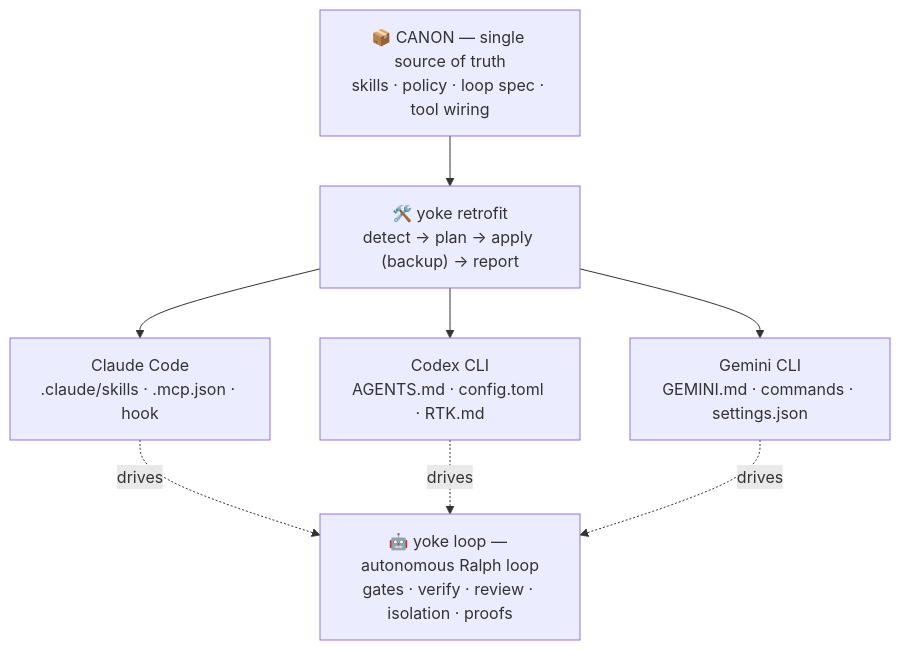
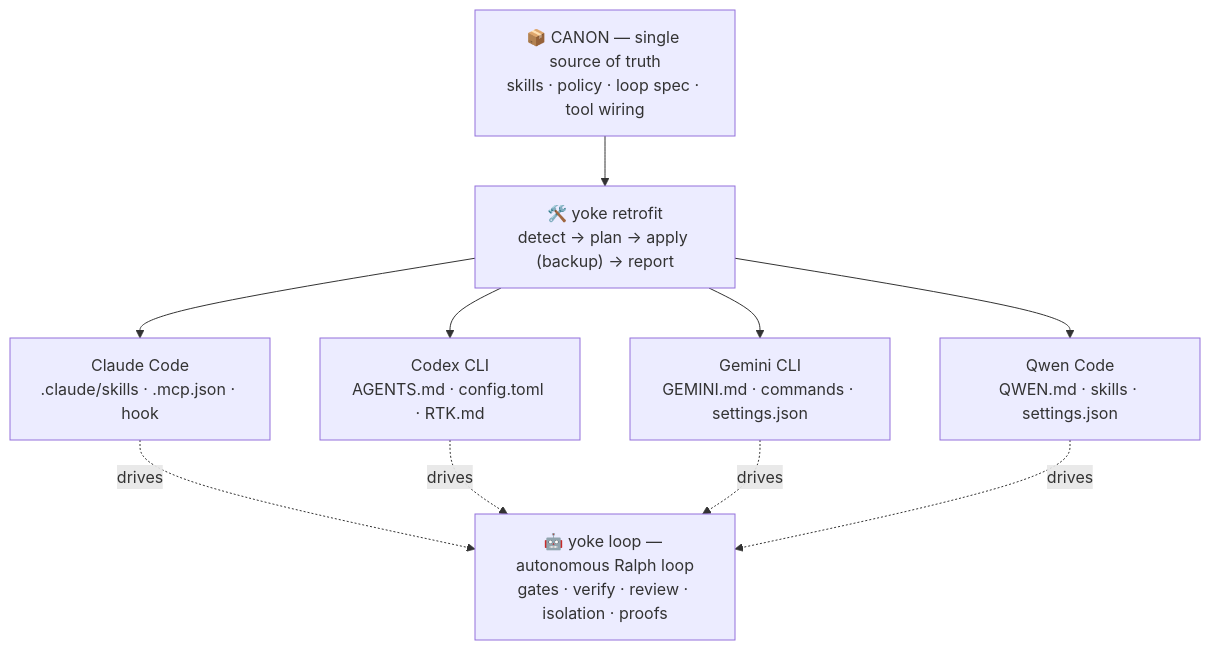
The first of 2 diagrams in README.md (HECer/yoke), drawn with Mermaid before and after one commit. The commit also changed other lines of this file and 7 other files, not shown here.

````diff
--- a/README.md
+++ b/README.md
@@ -248,13 +248,15 @@
 ```mermaid
 flowchart TD
     Canon["📦 CANON — single source of truth<br/>skills · policy · loop spec · tool wiring"]
     Skill["🛠️ yoke retrofit<br/>detect → plan → apply (backup) → report"]
     Canon --> Skill
     Skill --> Claude["Claude Code<br/>.claude/skills · .mcp.json · hook"]
     Skill --> Codex["Codex CLI<br/>AGENTS.md · config.toml · RTK.md"]
     Skill --> Gemini["Gemini CLI<br/>GEMINI.md · commands · settings.json"]
+    Skill --> Qwen["Qwen Code<br/>QWEN.md · skills · settings.json"]
     Loop["🤖 yoke loop — autonomous Ralph loop<br/>gates · verify · review · isolation · proofs"]
     Claude -. drives .-> Loop
     Codex -. drives .-> Loop
     Gemini -. drives .-> Loop
+    Qwen -. drives .-> Loop
 ```
````
